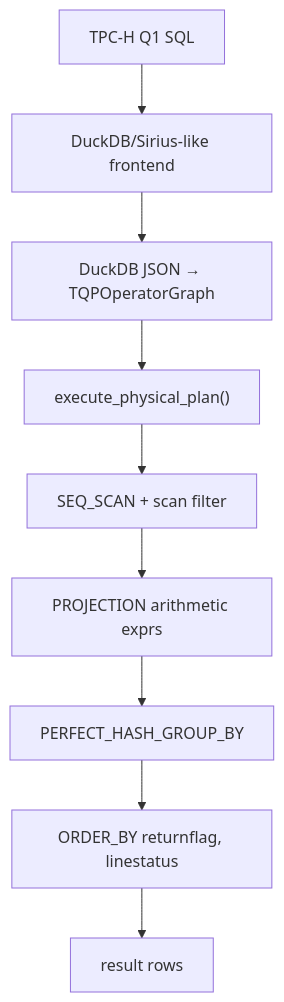
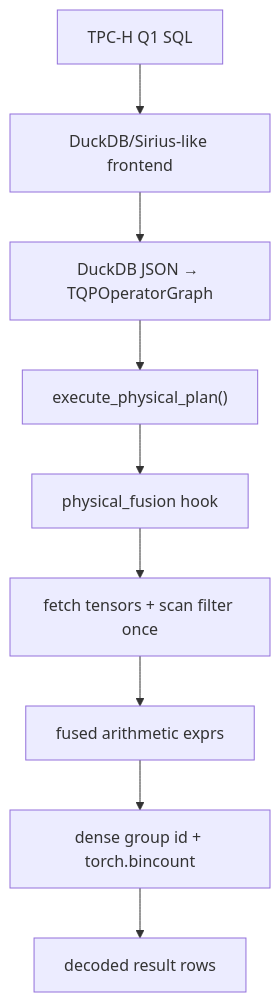
The second of 2 diagrams in docs/architecture.md (liuweibupt/torch-query-gpu), drawn with Mermaid before and after one commit. The commit also changed other lines of this file and 4 other files, not shown here.

Commit message:
docs: record q1 fusion and physical coverage

````diff
--- a/docs/architecture.md
+++ b/docs/architecture.md
@@ -173,11 +173,11 @@
 ```mermaid
 flowchart TD
     Q1SQL["TPC-H Q1 SQL"] --> Frontend["DuckDB/Sirius-like frontend"]
     Frontend --> Graph["DuckDB JSON → TQPOperatorGraph"]
     Graph --> Physical["execute_physical_plan()"]
-    Physical --> Scan["SEQ_SCAN + scan filter"]
-    Scan --> Project["PROJECTION arithmetic exprs"]
-    Project --> Aggregate["PERFECT_HASH_GROUP_BY"]
-    Aggregate --> Sort["ORDER_BY returnflag, linestatus"]
-    Sort --> Rows["result rows"]
+    Physical --> Fusion["physical_fusion hook"]
+    Fusion --> Scan["fetch tensors + scan filter once"]
+    Scan --> Project["fused arithmetic exprs"]
+    Project --> Aggregate["dense group id + torch.bincount"]
+    Aggregate --> Rows["decoded result rows"]
 ```
````
